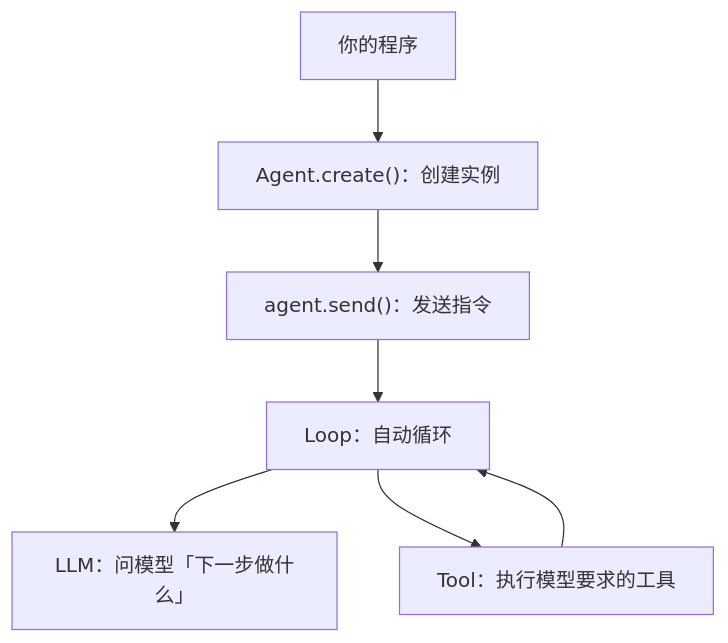
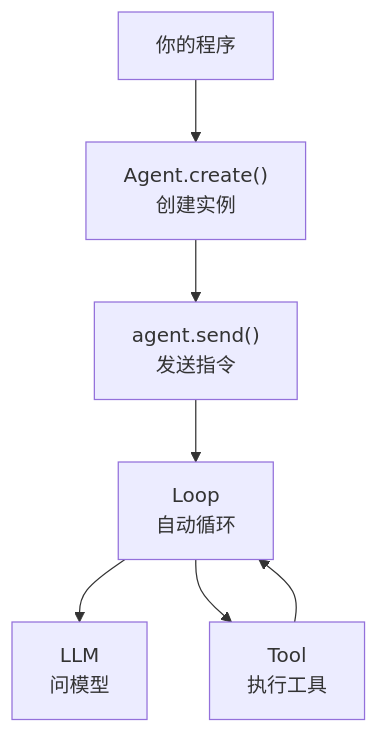
Before and after one commit to Mixdoo/agent-core: the first of 4 diagrams in README.md, drawn with Mermaid. The commit also changed other lines of this file and 1 other file, not shown here.

Commit message:
docs: 循环图展开结束判定的五个分支，节点标签换行防止截断 (0.21.3)

````diff
--- a/README.md
+++ b/README.md
@@ -32,9 +32,9 @@
 ```mermaid
 flowchart TD
-    app["你的程序"] --> create["Agent.create()：创建实例"]
-    create --> send["agent.send()：发送指令"]
-    send --> loop["Loop：自动循环"]
-    loop --> llm["LLM：问模型「下一步做什么」"]
-    loop --> tool["Tool：执行模型要求的工具"]
+    app["你的程序"] --> create["Agent.create()<br/>创建实例"]
+    create --> send["agent.send()<br/>发送指令"]
+    send --> loop["Loop<br/>自动循环"]
+    loop --> llm["LLM<br/>问模型"]
+    loop --> tool["Tool<br/>执行工具"]
     tool --> loop
 ```
````
